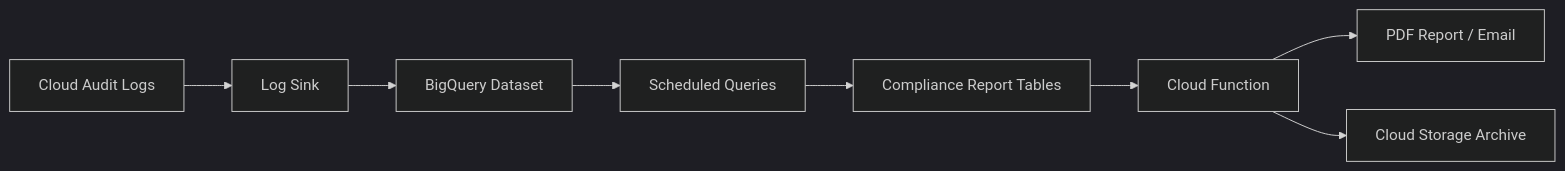
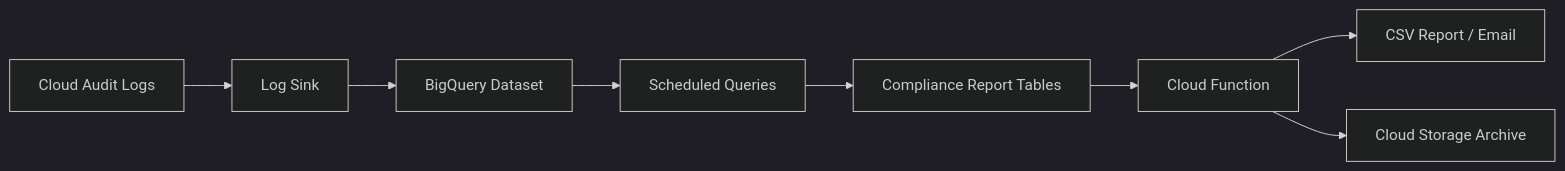
The diagram in posts/2026-02-17-how-to-generate-compliance-reports-from-google-cloud-audit-logs-automatically/README.md (OneUptime/blog), drawn with Mermaid (dark theme) before and after one commit. The commit also changed other lines of this file and 2 other files, not shown here.

````diff
--- a/posts/2026-02-17-how-to-generate-compliance-reports-from-google-cloud-audit-logs-automatically/README.md
+++ b/posts/2026-02-17-how-to-generate-compliance-reports-from-google-cloud-audit-logs-automatically/README.md
@@ -19,10 +19,10 @@
 ```mermaid
 flowchart LR
     A[Cloud Audit Logs] --> B[Log Sink]
     B --> C[BigQuery Dataset]
     C --> D[Scheduled Queries]
     D --> E[Compliance Report Tables]
     E --> F[Cloud Function]
-    F --> G[PDF Report / Email]
+    F --> G[CSV Report / Email]
     F --> H[Cloud Storage Archive]
 ```
````
